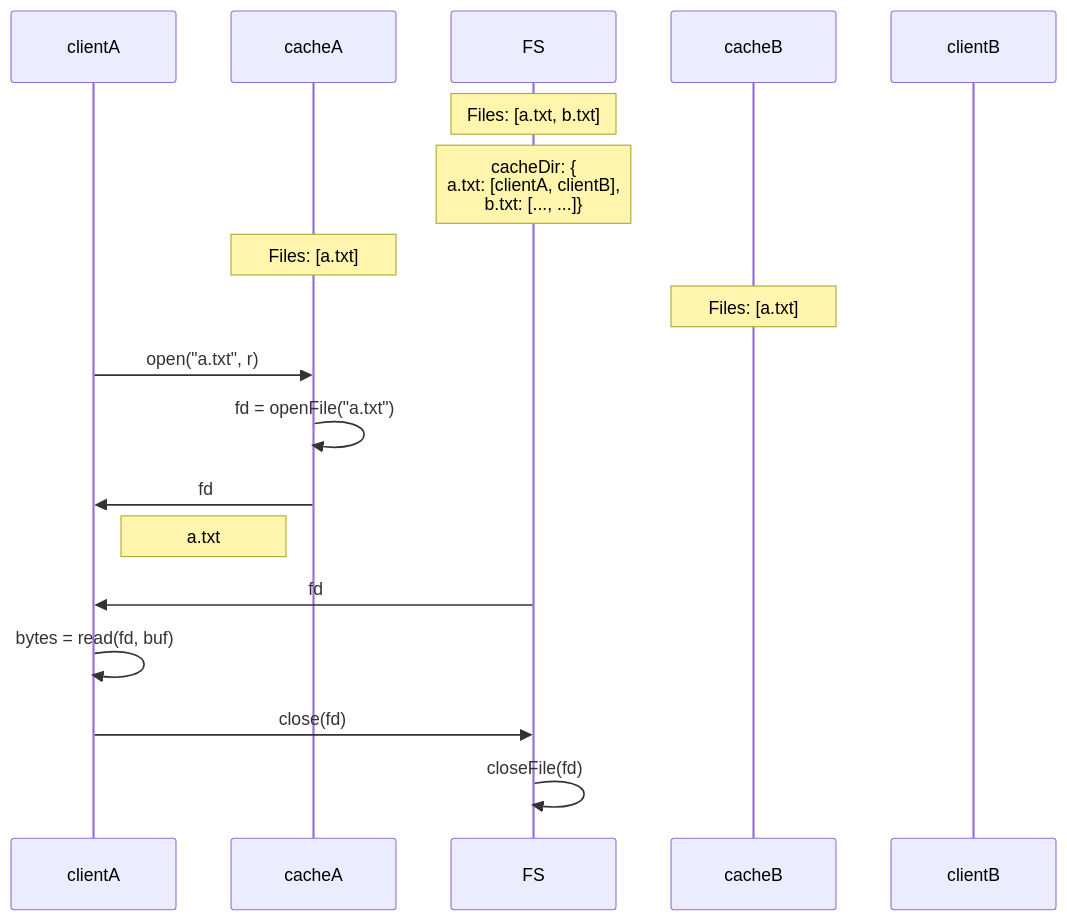
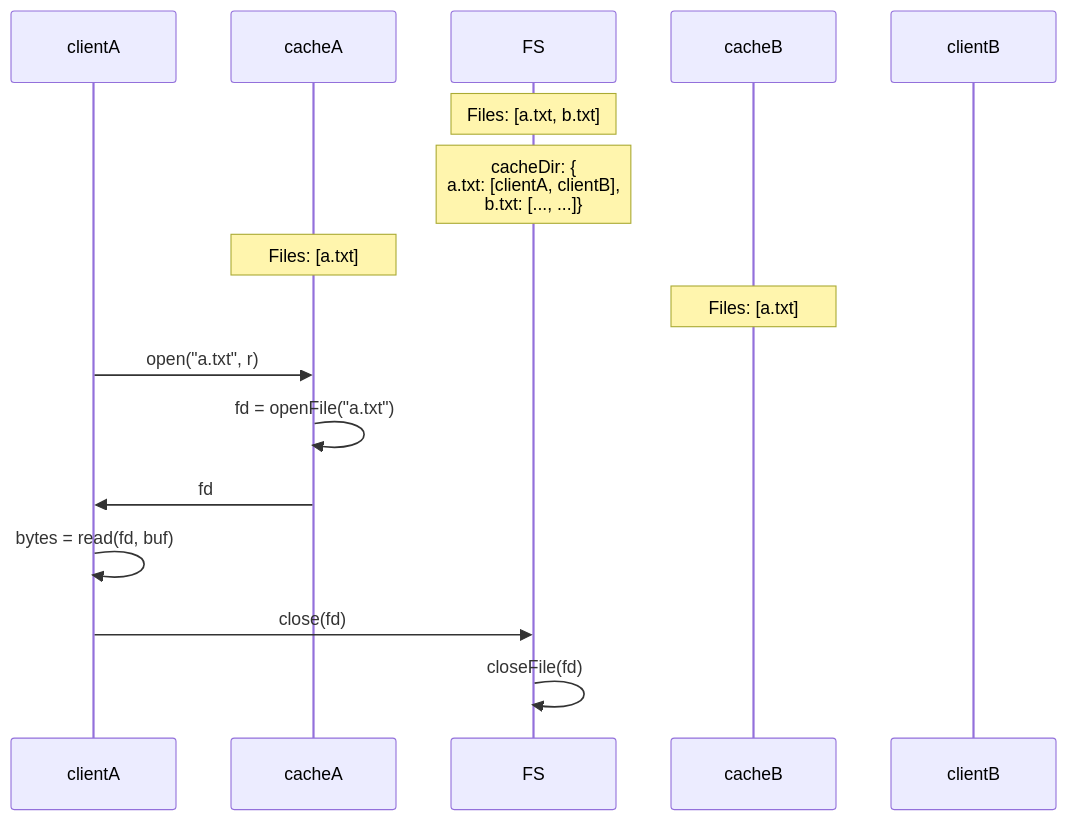
Before and after one commit to bishopfunc/os-b-dfs: the second of 4 diagrams in README.md, drawn with Mermaid. The commit also changed other lines of this file, not shown here.

````diff
--- a/README.md
+++ b/README.md
@@ -45,22 +54,20 @@
 ```mermaid
 sequenceDiagram
     participant clientA as clientA
     participant cacheA as cacheA
     participant FS as FS
     participant cacheB as cacheB
     participant clientB as clientB
     Note over FS: Files: [a.txt, b.txt]
     Note over FS: cacheDir: {<br>a.txt: [clientA, clientB], <br>b.txt: [..., ...]} 
 
     Note over cacheA: Files: [a.txt]    
     Note over cacheB: Files: [a.txt]    
 
     clientA->>cacheA: open("a.txt", r)
     cacheA->>cacheA: fd = openFile("a.txt")
     cacheA->>clientA: fd
-    Note left of cacheA: a.txt
-    FS->>clientA: fd
     clientA->>clientA: bytes = read(fd, buf)
     clientA->>FS: close(fd)
     FS->>FS: closeFile(fd)
 ```
````
